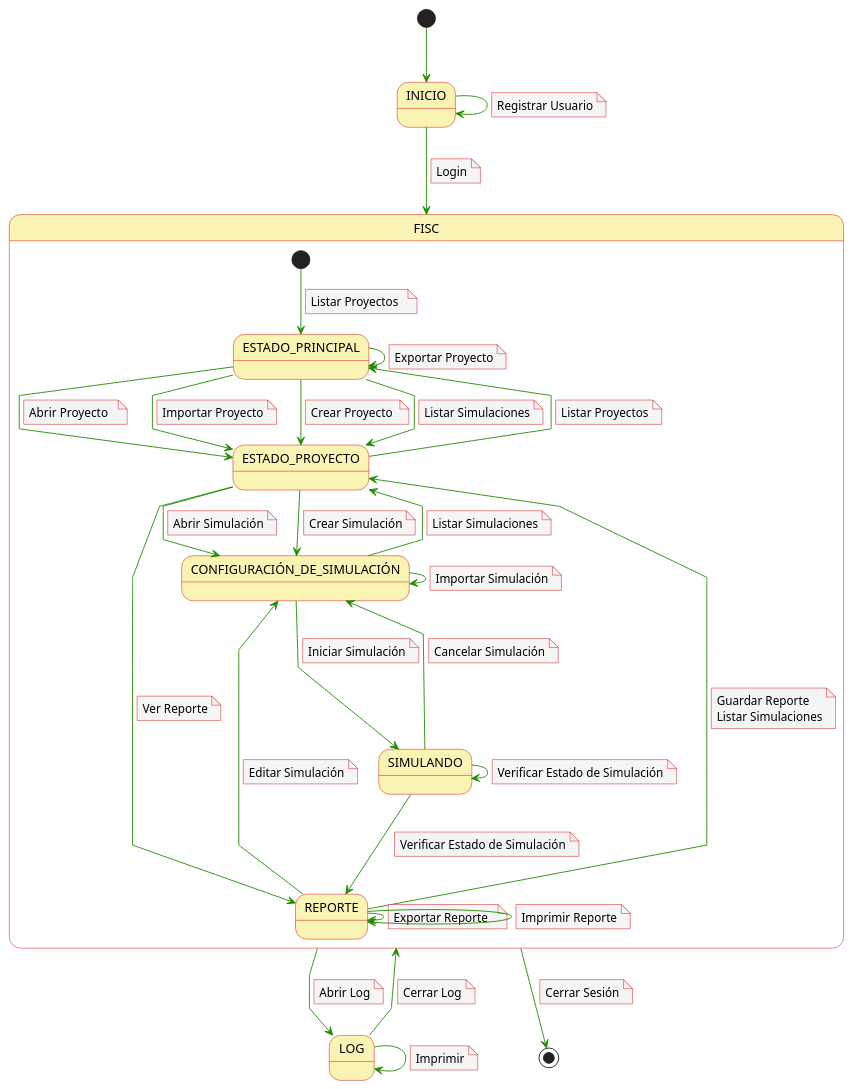
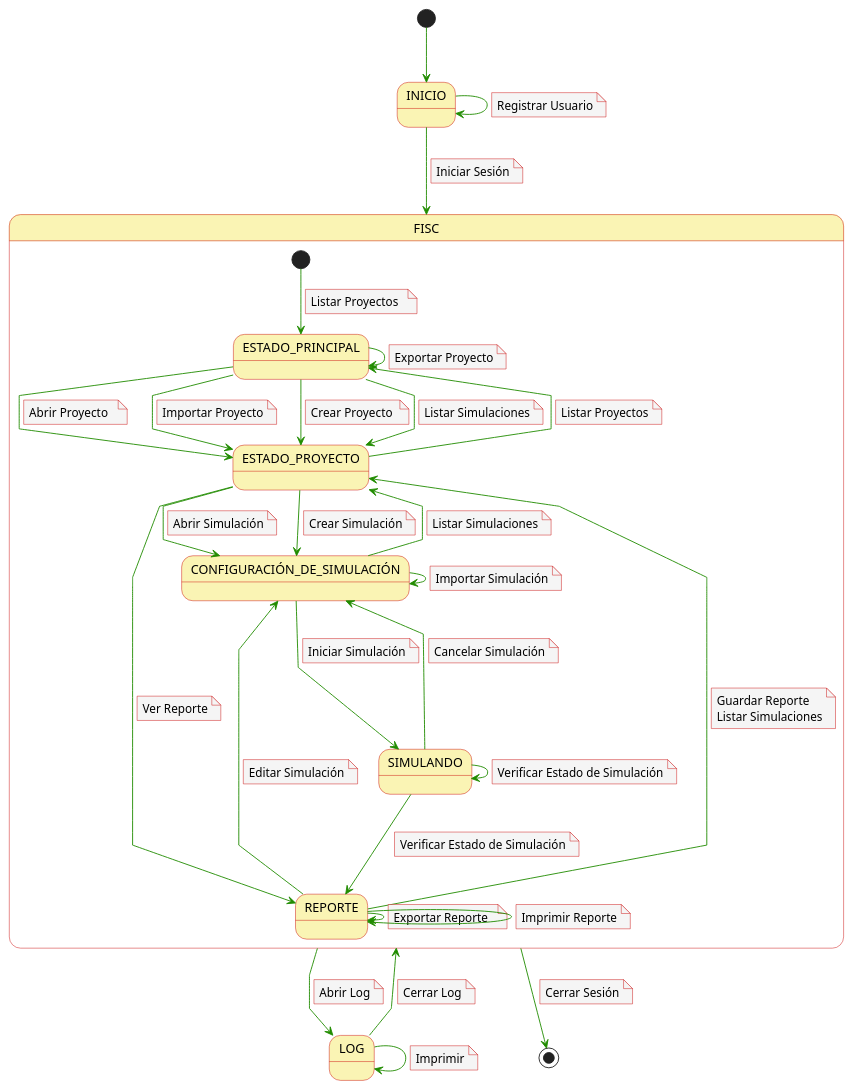
Before and after one commit to mmasias/23-24-IdSw1-SDR: the diagram in casosDeUso/diagramaContexto.puml, drawn with PlantUML. The commit also changed 3 other files, not shown here.

```diff
--- a/casosDeUso/diagramaContexto.puml
+++ b/casosDeUso/diagramaContexto.puml
@@ -1,127 +1,127 @@
 @startuml
 skinparam noteBackgroundColor #f5f5f5
 skinparam noteBorderColor #c90000
 skinparam arrowColor #218c00
 skinparam stateBackgroundColor #faf4b4
 skinparam stateBorderColor #c90000
 skinparam linetype polyline
 skinparam arrowThickness 1
 
 [*] --> INICIO
 
 INICIO-d-> FISC 
 note on link
-  Login
+  Iniciar Sesión
 end note
 INICIO-d-> INICIO
 note on link
   Registrar Usuario
 end note
 
 State FISC {
 [*] --> ESTADO_PRINCIPAL
 note on link
   Listar Proyectos  
 end note
 
 ESTADO_PRINCIPAL-d-> ESTADO_PROYECTO
 note on link
   Abrir Proyecto  
 end note 
 ESTADO_PRINCIPAL-d-> ESTADO_PROYECTO
 note on link
   Importar Proyecto
 end note 
 ESTADO_PRINCIPAL-d-> ESTADO_PROYECTO
 note on link
   Crear Proyecto 
 end note 
 ESTADO_PRINCIPAL-d-> ESTADO_PROYECTO
 note on link
   Listar Simulaciones
 end note
 ESTADO_PRINCIPAL-d-> ESTADO_PRINCIPAL
 note on link
   Exportar Proyecto
 end note 
  
 ESTADO_PROYECTO-d-> ESTADO_PRINCIPAL
 note on link
   Listar Proyectos
 end note 
 REPORTE-d-> ESTADO_PROYECTO
 note on link
   Guardar Reporte
   Listar Simulaciones
 end note   
 ESTADO_PROYECTO-d-> CONFIGURACIÓN_DE_SIMULACIÓN
 note on link
   Abrir Simulación
 end note 
 ESTADO_PROYECTO-d-> CONFIGURACIÓN_DE_SIMULACIÓN
 note on link
   Crear Simulación
 end note 
 ESTADO_PROYECTO---> REPORTE
 note on link
   Ver Reporte
 end note 
 
 CONFIGURACIÓN_DE_SIMULACIÓN-d-> ESTADO_PROYECTO
 note on link
   Listar Simulaciones
 end note
 CONFIGURACIÓN_DE_SIMULACIÓN-d-> SIMULANDO
 note on link
   Iniciar Simulación
 end note 
 CONFIGURACIÓN_DE_SIMULACIÓN-d-> CONFIGURACIÓN_DE_SIMULACIÓN
 note on link
   Importar Simulación
 end note  
 
 SIMULANDO---> CONFIGURACIÓN_DE_SIMULACIÓN
 note on link
   Cancelar Simulación
 end note 
 SIMULANDO---> SIMULANDO
 note on link
   Verificar Estado de Simulación
 end note 
 SIMULANDO---> REPORTE
 note on link
   Verificar Estado de Simulación
 end note 
 
 REPORTE--> REPORTE
 note on link
   Exportar Reporte  
 end note 
 REPORTE-d-> REPORTE
 note on link 
   Imprimir Reporte
 end note 
 REPORTE-d-> CONFIGURACIÓN_DE_SIMULACIÓN
 note on link
   Editar Simulación
 end note 
 }
 
 LOG---> LOG
 note on link
   Imprimir
 end note 
 FISC -d-> LOG
 note on link
   Abrir Log
 end note 
 LOG -d-> FISC
 note on link
   Cerrar Log
 end note 
 FISC --> [*]
 note on link
   Cerrar Sesión
 end note 
 
 @enduml
```
